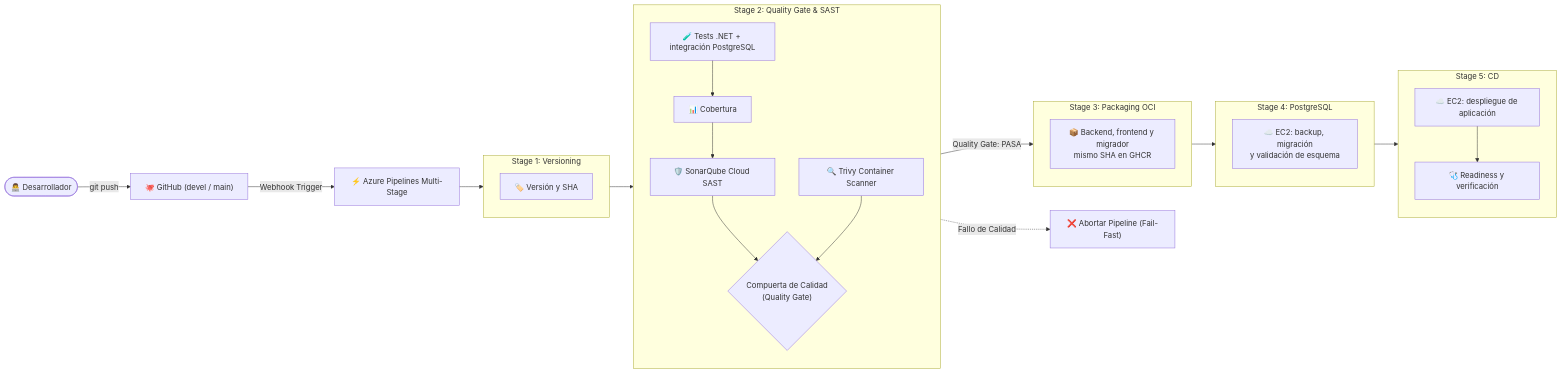
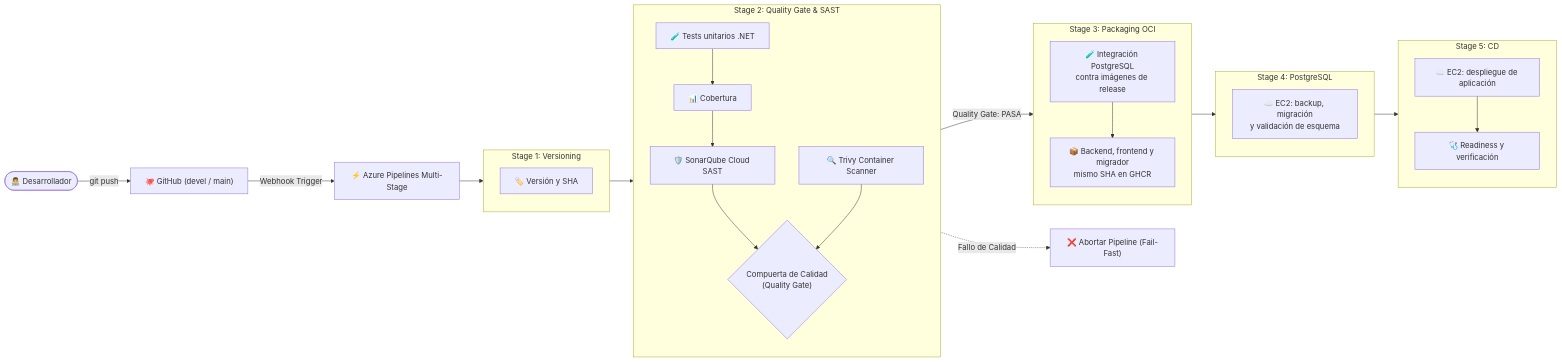
Before and after one commit to maxivalenzano/dev-ops-clase-2: the second of 2 diagrams in README.md, drawn with Mermaid. The commit also changed other lines of this file and 8 other files, not shown here.

````diff
--- a/README.md
+++ b/README.md
@@ -143,42 +143,44 @@
 ```mermaid
 flowchart LR
     Dev(["👨‍💻 Desarrollador"]) -->|"git push"| GitRepo["🐙 GitHub (devel / main)"]
     GitRepo -->|"Webhook Trigger"| Pipeline["⚡ Azure Pipelines Multi-Stage"]
 
     subgraph S1 ["Stage 1: Versioning"]
         SemVer["🏷️ Versión y SHA"]
     end
 
     subgraph S2 ["Stage 2: Quality Gate & SAST"]
         direction TB
-        Tests["🧪 Tests .NET + integración PostgreSQL"]
+        Tests["🧪 Tests unitarios .NET"]
         Coverage["📊 Cobertura"]
         Sonar["🛡️ SonarQube Cloud SAST"]
         Trivy["🔍 Trivy Container Scanner"]
         Gate{"Compuerta de Calidad<br/>(Quality Gate)"}
 
         Tests --> Coverage --> Sonar --> Gate
         Trivy --> Gate
     end
 
     subgraph S3 ["Stage 3: Packaging OCI"]
         direction TB
+        ImageTests["🧪 Integración PostgreSQL<br/>contra imágenes de release"]
         GHCR["📦 Backend, frontend y migrador<br/>mismo SHA en GHCR"]
+        ImageTests --> GHCR
     end
 
     subgraph S4 ["Stage 4: PostgreSQL"]
         direction TB
         DB["☁️ EC2: backup, migración<br/>y validación de esquema"]
     end
     subgraph S5 ["Stage 5: CD"]
         VM["☁️ EC2: despliegue de aplicación"]
         Smoke["🩺 Readiness y verificación"]
     end
 
     Pipeline --> S1
     S1 --> S2
     Gate -->|"Quality Gate: PASA"| S3
     Gate -.->|"Fallo de Calidad"| Abort["❌ Abortar Pipeline (Fail-Fast)"]
     S3 --> S4 --> S5
     VM --> Smoke
 ```
````
